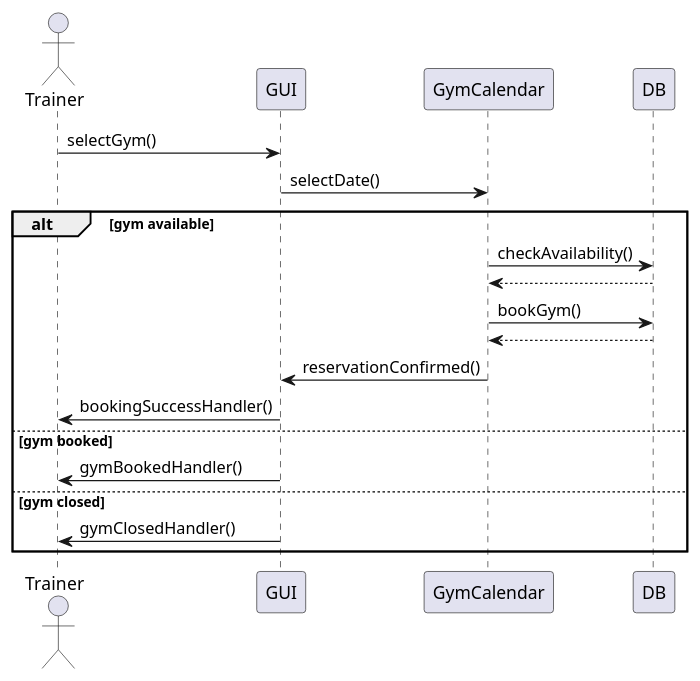
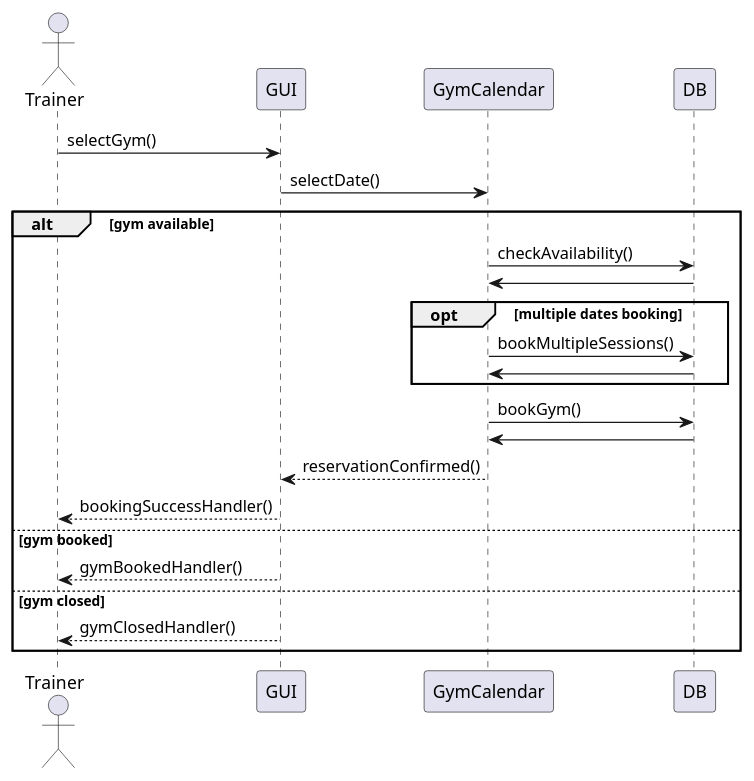
The diagram in src/pattern_diagrams/damian/diagram_sekwencji/rezerwacja_sali.puml (filip-stepien/software-engineering-lab), drawn with PlantUML before and after one commit. The commit also changed 1 other file, not shown here.

Commit message:
sequence diagrams

```diff
--- a/src/pattern_diagrams/damian/diagram_sekwencji/rezerwacja_sali.puml
+++ b/src/pattern_diagrams/damian/diagram_sekwencji/rezerwacja_sali.puml
@@ -1,25 +2,28 @@
 @startuml
 
 actor Trainer
 participant GUI
 participant GymCalendar
 participant DB
 
-
 Trainer -> GUI : selectGym()
 GUI -> GymCalendar : selectDate()
 
 alt gym available
     GymCalendar -> DB : checkAvailability()
-    DB --> GymCalendar
+    DB -> GymCalendar
+    opt multiple dates booking
+        GymCalendar -> DB : bookMultipleSessions()
+        DB -> GymCalendar   
+    end
     GymCalendar -> DB : bookGym()
-    DB --> GymCalendar
-    GymCalendar -> GUI : reservationConfirmed()
-    GUI -> Trainer : bookingSuccessHandler()
+    DB -> GymCalendar
+    GymCalendar --> GUI : reservationConfirmed()
+    GUI --> Trainer : bookingSuccessHandler()
 else gym booked
-    GUI -> Trainer : gymBookedHandler()
+    GUI --> Trainer : gymBookedHandler()
 else gym closed
-    GUI -> Trainer : gymClosedHandler()
+    GUI --> Trainer : gymClosedHandler()
 end
 
 @enduml
```
